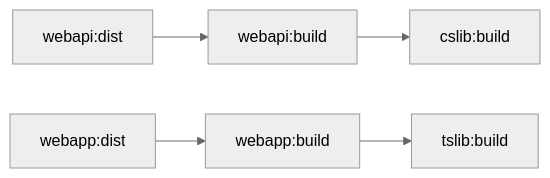
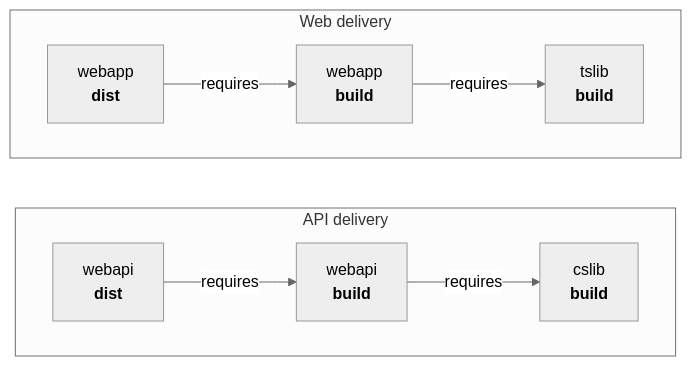
One commit to MagnusOpera/terrabuild changed the diagram in website/site-docs/getting-started/quick-start.md. Above: the diagram before and after it, drawn with Mermaid (neutral theme). The commit also changed 12 other files, not shown here.

````diff
--- a/website/site-docs/getting-started/quick-start.md
+++ b/website/site-docs/getting-started/quick-start.md
@@ -16,7 +16,16 @@
 ```mermaid
 flowchart LR
-  webapiDist["webapi:dist"] --> webapiBuild["webapi:build"]
-  webapiBuild --> cslibBuild["cslib:build"]
-  webappDist["webapp:dist"] --> webappBuild["webapp:build"]
-  webappBuild --> tslibBuild["tslib:build"]
+  subgraph api["API delivery"]
+    direction LR
+    webapiDist["webapi<br/><b>dist</b>"] -->|requires| webapiBuild["webapi<br/><b>build</b>"] -->|requires| cslibBuild["cslib<br/><b>build</b>"]
+  end
+
+  subgraph app["Web delivery"]
+    direction LR
+    webappDist["webapp<br/><b>dist</b>"] -->|requires| webappBuild["webapp<br/><b>build</b>"] -->|requires| tslibBuild["tslib<br/><b>build</b>"]
+  end
+
+  class webapiDist,webappDist tb-primary
+  class webapiBuild,webappBuild tb-secondary
+  class cslibBuild,tslibBuild tb-muted
 ```
````
